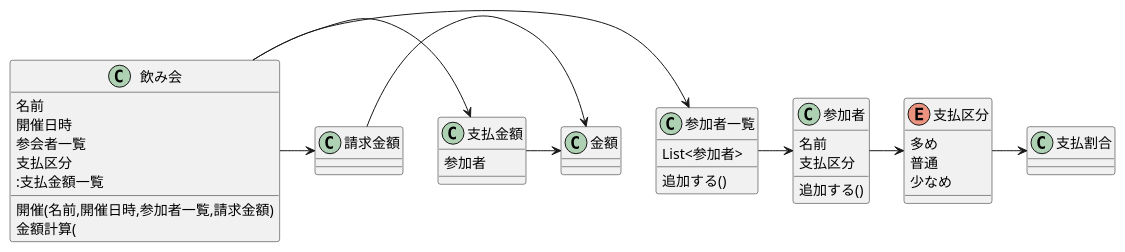
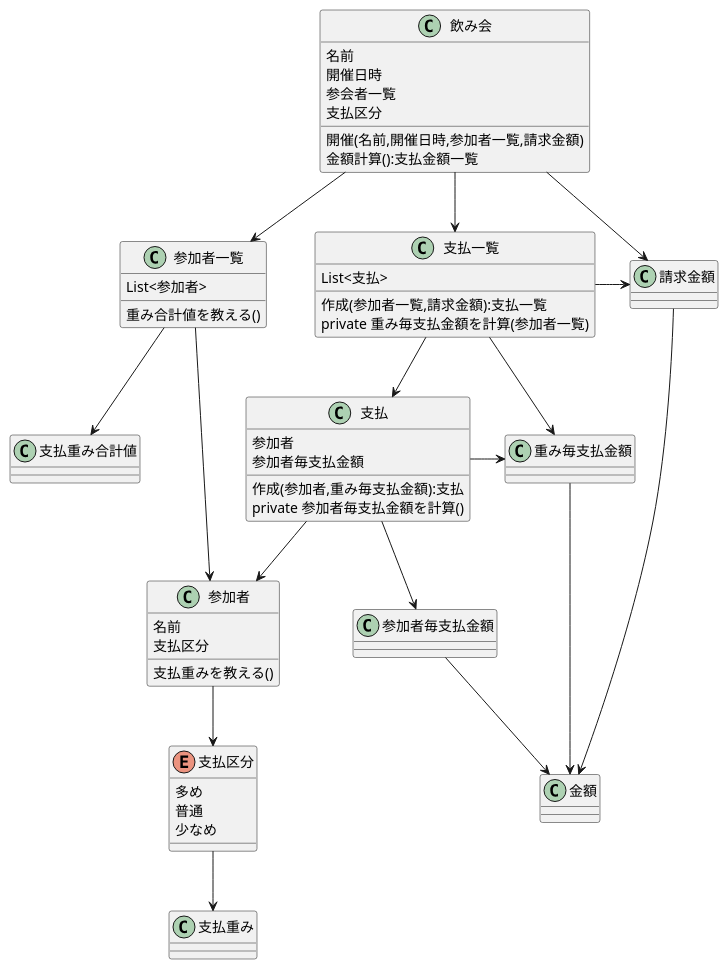
The diagram in etc/warikan.puml (muractice/wari), drawn with PlantUML before and after one commit. The commit also changed 18 other files, not shown here.

```diff
--- a/etc/warikan.puml
+++ b/etc/warikan.puml
@@ -1,80 +1,122 @@
 @startuml
 
 /'
 class 幹事{
 }
 '/
 
 class 飲み会 {
 名前
 開催日時
 参会者一覧
 支払区分
 '幹事
 開催(名前,開催日時,参加者一覧,請求金額)
 '参加者追加()
-金額計算(
-:支払金額一覧
+金額計算():支払金額一覧
 }
 
 
 class 参加者{
 名前
 '飲み会
 支払区分
-追加する()
+支払重みを教える()
 }
 
 class 参加者一覧{
 List<参加者>
-追加する()
+重み合計値を教える()
 }
 
 
 enum 支払区分{
 多め
 普通
 少なめ
 }
 
-class 支払割合{
+class 支払重み{
+}
+
+class 支払重み合計値{
 }
 
 class 請求金額{
 }
 
-class 支払金額{
+class 支払一覧{
+List<支払>
+作成(参加者一覧,請求金額):支払一覧
+private 重み毎支払金額を計算(参加者一覧)
+}
+
+class 支払{
 参加者
+参加者毎支払金額
+作成(参加者,重み毎支払金額):支払
+private 参加者毎支払金額を計算()
+
+}
+
+
+class 参加者毎支払金額{
 }
 
 /'
 class メンバー毎支払割合{
 参加者
 支払割合
 }
 '/
 
-/'
-class 支払金額一覧{
-}
-'/
 
 class 金額{
 }
 
 
+/'
+class 支払計算{
+参加者一覧
+請求金額
+計算():支払金額一覧
+private 重み毎支払金額を計算(参加者一覧)
+private 参加者毎支配金額を計算()
+}
+'/
+
 
 '飲み会 -> 幹事
-飲み会 -> 参加者一覧
+飲み会  -d-> 参加者一覧
+飲み会 -d-> 請求金額
+'飲み会 -> 支払区分
+'飲み会 -> 支払金額
+飲み会 -d-> 支払一覧
+
 参加者一覧 -> 参加者
-参加者 -> 支払区分
-'飲み会 -> 支払区分
-飲み会 -> 支払金額
-支払区分 -> 支払割合
-飲み会 -> 請求金額
-'支払金額一覧 -> 支払金額
-'支払金額 -> 参加者一覧
-支払金額 -> 金額
-請求金額 -> 金額
+参加者 -d-> 支払区分
+参加者一覧 -d-> 支払重み合計値
 
+支払区分 -d-> 支払重み
+
+/'
+支払計算 -d-> 支払一覧
+支払計算 -d-> 参加者一覧
+支払計算 -d-> 請求金額
+支払計算 -d-> 重み毎支払金額
+支払計算 -d-> 参加者毎支払金額
+'/
+
+支払一覧 -d-> 支払
+支払一覧 -> 請求金額
+支払一覧 -> 重み毎支払金額
+
+支払 -d-> 参加者
+支払 -d-> 参加者毎支払金額
+支払 -> 重み毎支払金額
+
+
+参加者毎支払金額 -d-> 金額
+請求金額 -d-> 金額
+重み毎支払金額 -d-> 金額
 @enduml
```
